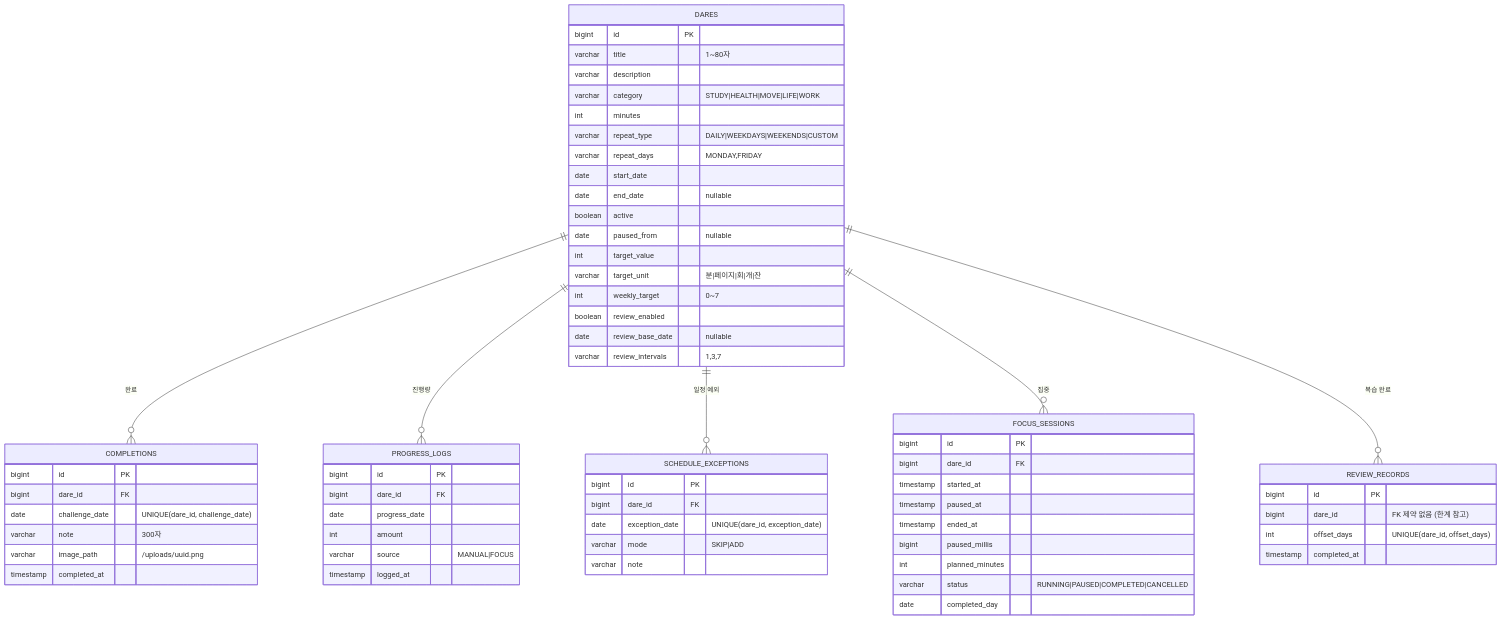
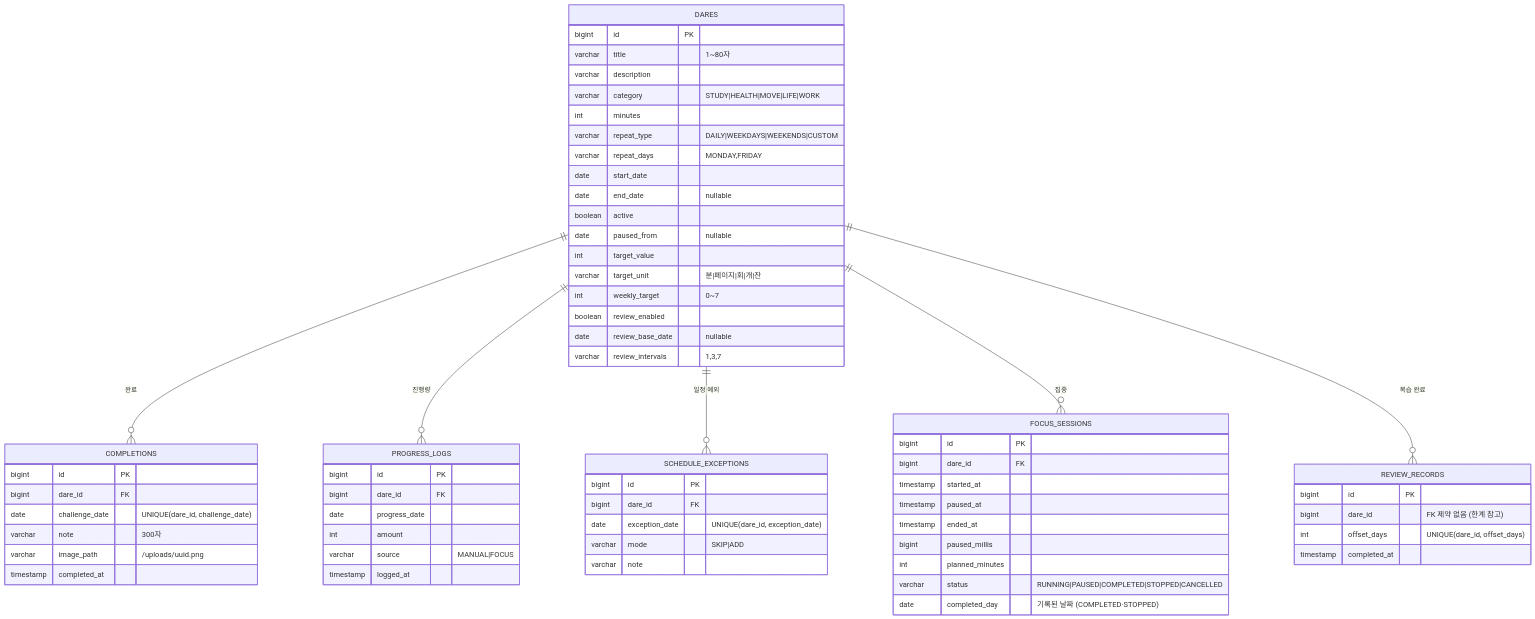
Before and after one commit to xmogux/DaySpark: the third of 6 diagrams in docs/architecture.md, drawn with Mermaid. The commit also changed other lines of this file and 6 other files, not shown here.

````diff
--- a/docs/architecture.md
+++ b/docs/architecture.md
@@ -181,68 +184,68 @@
 ```mermaid
 erDiagram
     DARES ||--o{ COMPLETIONS : "완료"
     DARES ||--o{ PROGRESS_LOGS : "진행량"
     DARES ||--o{ SCHEDULE_EXCEPTIONS : "일정 예외"
     DARES ||--o{ FOCUS_SESSIONS : "집중"
     DARES ||--o{ REVIEW_RECORDS : "복습 완료"
 
     DARES {
         bigint id PK
         varchar title "1~80자"
         varchar description
         varchar category "STUDY|HEALTH|MOVE|LIFE|WORK"
         int minutes
         varchar repeat_type "DAILY|WEEKDAYS|WEEKENDS|CUSTOM"
         varchar repeat_days "MONDAY,FRIDAY"
         date start_date
         date end_date "nullable"
         boolean active
         date paused_from "nullable"
         int target_value
         varchar target_unit "분|페이지|회|개|잔"
         int weekly_target "0~7"
         boolean review_enabled
         date review_base_date "nullable"
         varchar review_intervals "1,3,7"
     }
     COMPLETIONS {
         bigint id PK
         bigint dare_id FK
         date challenge_date "UNIQUE(dare_id, challenge_date)"
         varchar note "300자"
         varchar image_path "/uploads/uuid.png"
         timestamp completed_at
     }
     PROGRESS_LOGS {
         bigint id PK
         bigint dare_id FK
         date progress_date
         int amount
         varchar source "MANUAL|FOCUS"
         timestamp logged_at
     }
     SCHEDULE_EXCEPTIONS {
         bigint id PK
         bigint dare_id FK
         date exception_date "UNIQUE(dare_id, exception_date)"
         varchar mode "SKIP|ADD"
         varchar note
     }
     FOCUS_SESSIONS {
         bigint id PK
         bigint dare_id FK
         timestamp started_at
         timestamp paused_at
         timestamp ended_at
         bigint paused_millis
         int planned_minutes
-        varchar status "RUNNING|PAUSED|COMPLETED|CANCELLED"
-        date completed_day
+        varchar status "RUNNING|PAUSED|COMPLETED|STOPPED|CANCELLED"
+        date completed_day "기록된 날짜 (COMPLETED·STOPPED)"
     }
     REVIEW_RECORDS {
         bigint id PK
         bigint dare_id "FK 제약 없음 (한계 참고)"
         int offset_days "UNIQUE(dare_id, offset_days)"
         timestamp completed_at
     }
 ```
````
